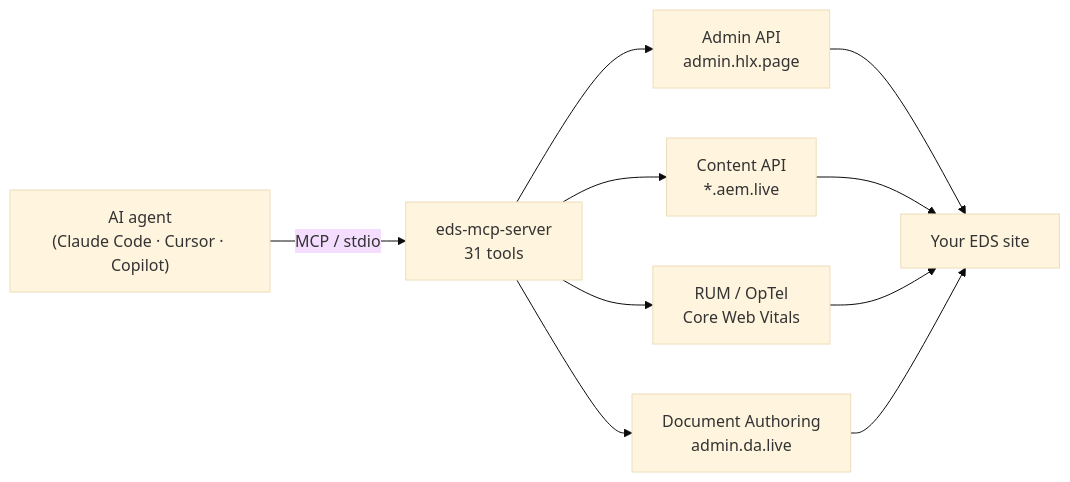
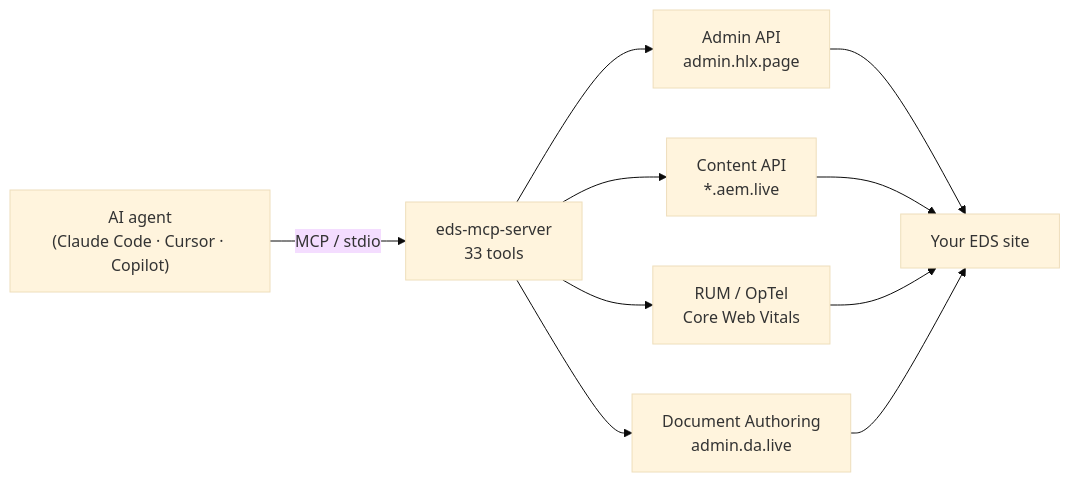
The first of 2 diagrams in README.md (Focus-GTS/eds-mcp-server), drawn with Mermaid (base theme) before and after one commit. The commit also changed other lines of this file and 11 other files, not shown here.

````diff
--- a/README.md
+++ b/README.md
@@ -41,12 +41,12 @@
 ```mermaid
 flowchart LR
-  A["AI agent<br/>(Claude Code · Cursor · Copilot)"] -- MCP / stdio --> B["eds-mcp-server<br/>31 tools"]
+  A["AI agent<br/>(Claude Code · Cursor · Copilot)"] -- MCP / stdio --> B["eds-mcp-server<br/>33 tools"]
   B --> C["Admin API<br/>admin.hlx.page"]
   B --> D["Content API<br/>*.aem.live"]
   B --> E["RUM / OpTel<br/>Core Web Vitals"]
   B --> G["Document Authoring<br/>admin.da.live"]
   C --> F["Your EDS site"]
   D --> F
   E --> F
   G --> F
 ```
````
